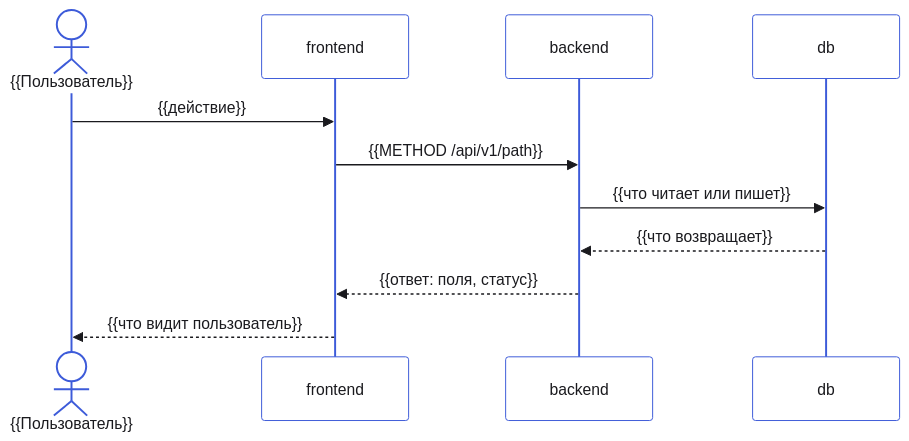
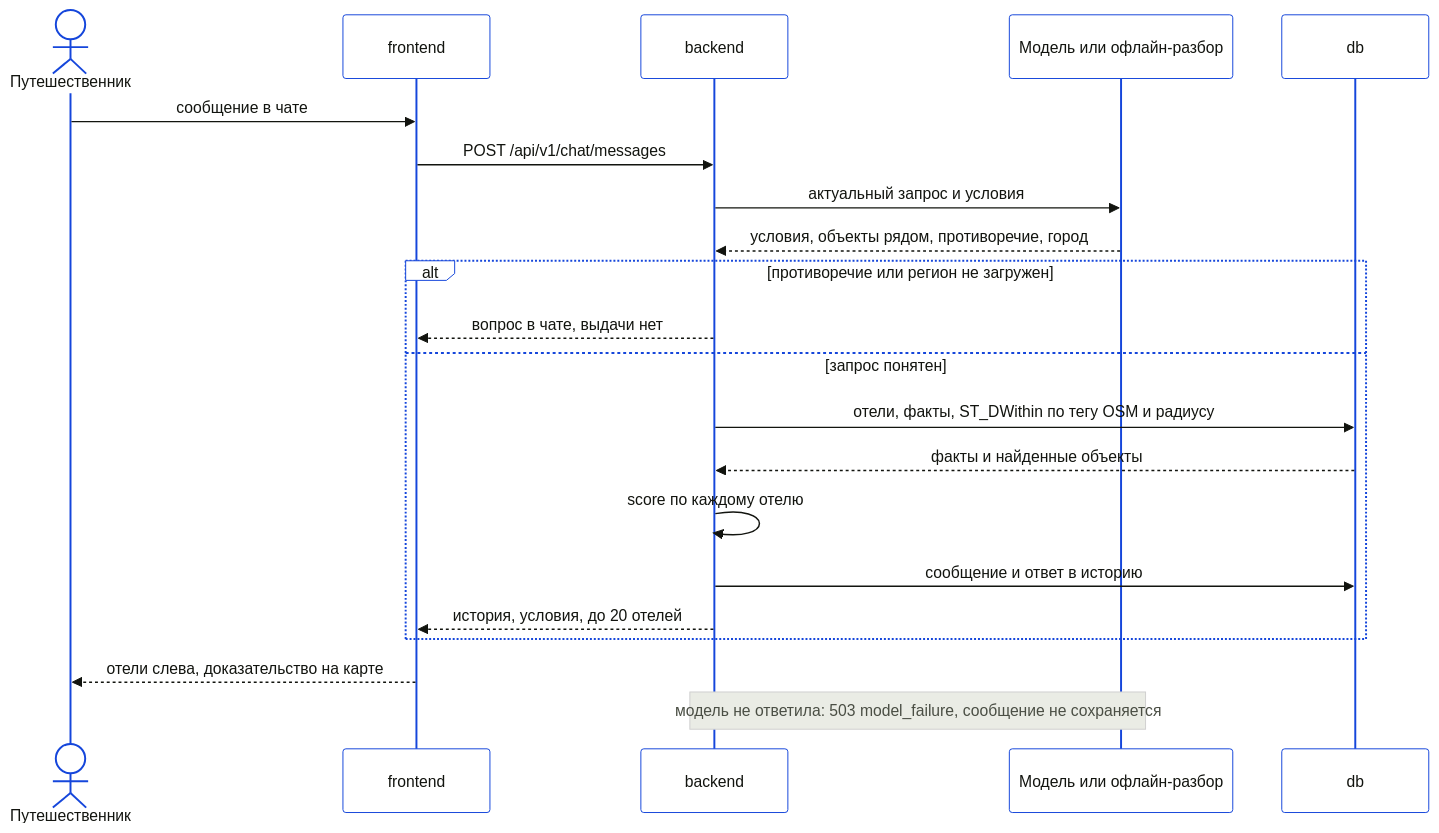
Before and after one commit to GoatWhistle/ostrovok: the third of 3 diagrams in docs/architecture.md, drawn with Mermaid. The commit also changed other lines of this file and 11 other files, not shown here.

````diff
--- a/docs/architecture.md
+++ b/docs/architecture.md
@@ -57,14 +66,24 @@
 ```mermaid
-%%{init: {"theme":"base","themeVariables":{"primaryColor":"#ffffff","primaryTextColor":"#1a1a1e","primaryBorderColor":"#3d5bd9","secondaryColor":"#ececee","tertiaryColor":"#f6f6f7","lineColor":"#686872","textColor":"#1a1a1e","noteBkgColor":"#ececee","noteTextColor":"#54545c","actorBkg":"#ffffff","actorBorder":"#3d5bd9","fontFamily":"Inter Variable"}}}%%
+%%{init: {"theme":"base","themeVariables":{"primaryColor":"#ffffff","primaryTextColor":"#12140f","primaryBorderColor":"#1546db","secondaryColor":"#eaece5","tertiaryColor":"#f4f5f1","lineColor":"#61665a","textColor":"#12140f","noteBkgColor":"#eaece5","noteTextColor":"#4a4e44","actorBkg":"#ffffff","actorBorder":"#1546db","fontFamily":"Manrope Variable"}}}%%
 sequenceDiagram
-    actor U as {{Пользователь}}
+    actor U as Путешественник
     participant FE as frontend
     participant BE as backend
+    participant LLM as Модель или офлайн-разбор
     participant DB as db
-    U->>FE: {{действие}}
-    FE->>BE: {{METHOD /api/v1/path}}
-    BE->>DB: {{что читает или пишет}}
-    DB-->>BE: {{что возвращает}}
-    BE-->>FE: {{ответ: поля, статус}}
-    FE-->>U: {{что видит пользователь}}
+    U->>FE: сообщение в чате
+    FE->>BE: POST /api/v1/chat/messages
+    BE->>LLM: актуальный запрос и условия
+    LLM-->>BE: условия, объекты рядом, противоречие, город
+    alt противоречие или регион не загружен
+        BE-->>FE: вопрос в чате, выдачи нет
+    else запрос понятен
+        BE->>DB: отели, факты, ST_DWithin по тегу OSM и радиусу
+        DB-->>BE: факты и найденные объекты
+        BE->>BE: score по каждому отелю
+        BE->>DB: сообщение и ответ в историю
+        BE-->>FE: история, условия, до 20 отелей
+    end
+    FE-->>U: отели слева, доказательство на карте
+    Note over BE,LLM: модель не ответила: 503 model_failure, сообщение не сохраняется
 ```
````
